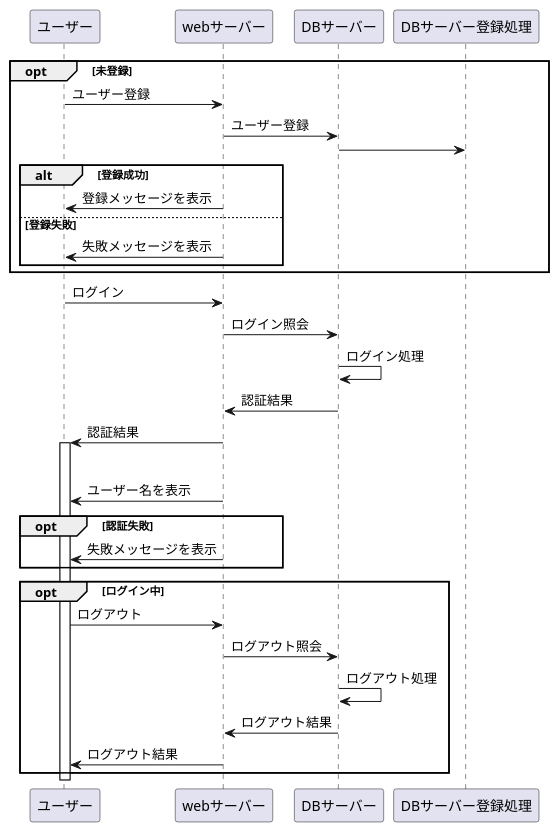
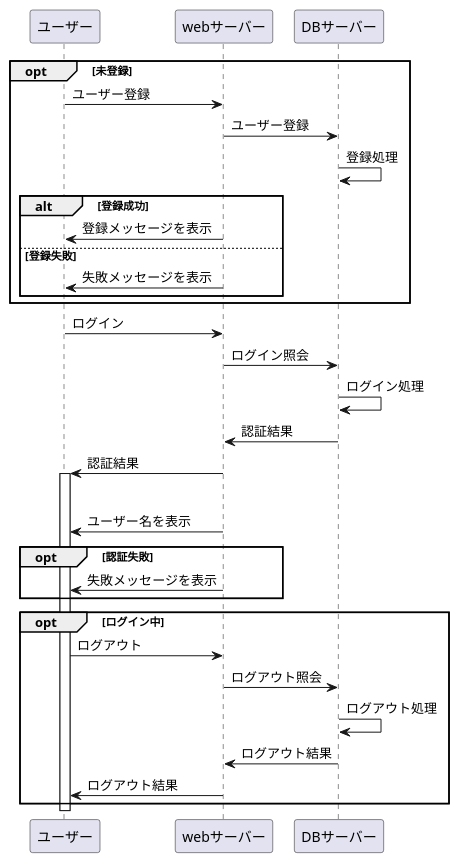
One commit to Aso2001011/2021sys-design changed the diagram in flow.md. Above: the diagram before and after it, drawn with PlantUML.

````diff
--- a/flow.md
+++ b/flow.md
@@ -1,47 +1,47 @@
 ```uml
 @startuml
 
 opt 未登録
 ユーザー -> webサーバー:ユーザー登録
 webサーバー -> DBサーバー:ユーザー登録
-DBサーバー -> DBサーバー登録処理
+DBサーバー -> DBサーバー:登録処理
 
   alt 登録成功
     webサーバー -> ユーザー:登録メッセージを表示
   else 登録失敗
   webサーバー -> ユーザー:失敗メッセージを表示
   end
 
 end
 
 ユーザー -> webサーバー:ログイン
 webサーバー -> DBサーバー:ログイン照会
 DBサーバー -> DBサーバー:ログイン処理
 DBサーバー -> webサーバー:認証結果
 webサーバー -> ユーザー:認証結果
 
 activate ユーザー
 
 opt 認証成功
 webサーバー -> ユーザー:ユーザー名を表示
 
 opt 認証失敗
 webサーバー -> ユーザー:失敗メッセージを表示
 
 end
 
 opt ログイン中
 
 ユーザー -> webサーバー:ログアウト
 webサーバー -> DBサーバー:ログアウト照会
 DBサーバー -> DBサーバー:ログアウト処理
 DBサーバー -> webサーバー:ログアウト結果
 webサーバー -> ユーザー:ログアウト結果
 
 end
 
 deactivate ユーザー
 
 
 @enduml
 ```
````
